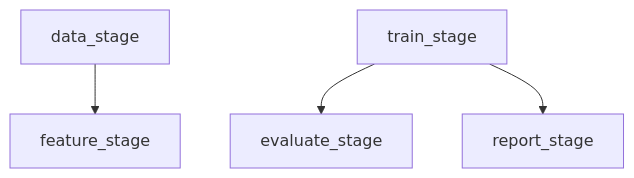
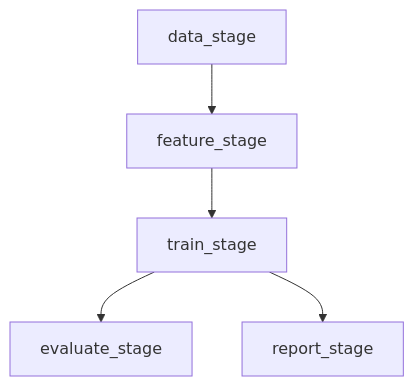
One commit to Yosef-ft/Oil_Price_Analysis changed the diagram in README.md. Above: the diagram before and after it, drawn with Mermaid.

Commit message:
Updated pipeline

````diff
--- a/README.md
+++ b/README.md
@@ -39,13 +39,14 @@
 ```mermaid
 flowchart TD
 	node1["data_stage"]
 	node2["feature_stage"]
 	node1-->node2
 	node3["evaluate_stage"]
   
 	node4["report_stage"]
 	node5["train_stage"]
+  node2-->node5
 	node5-->node3
 	node5-->node4
 
 ```
````
